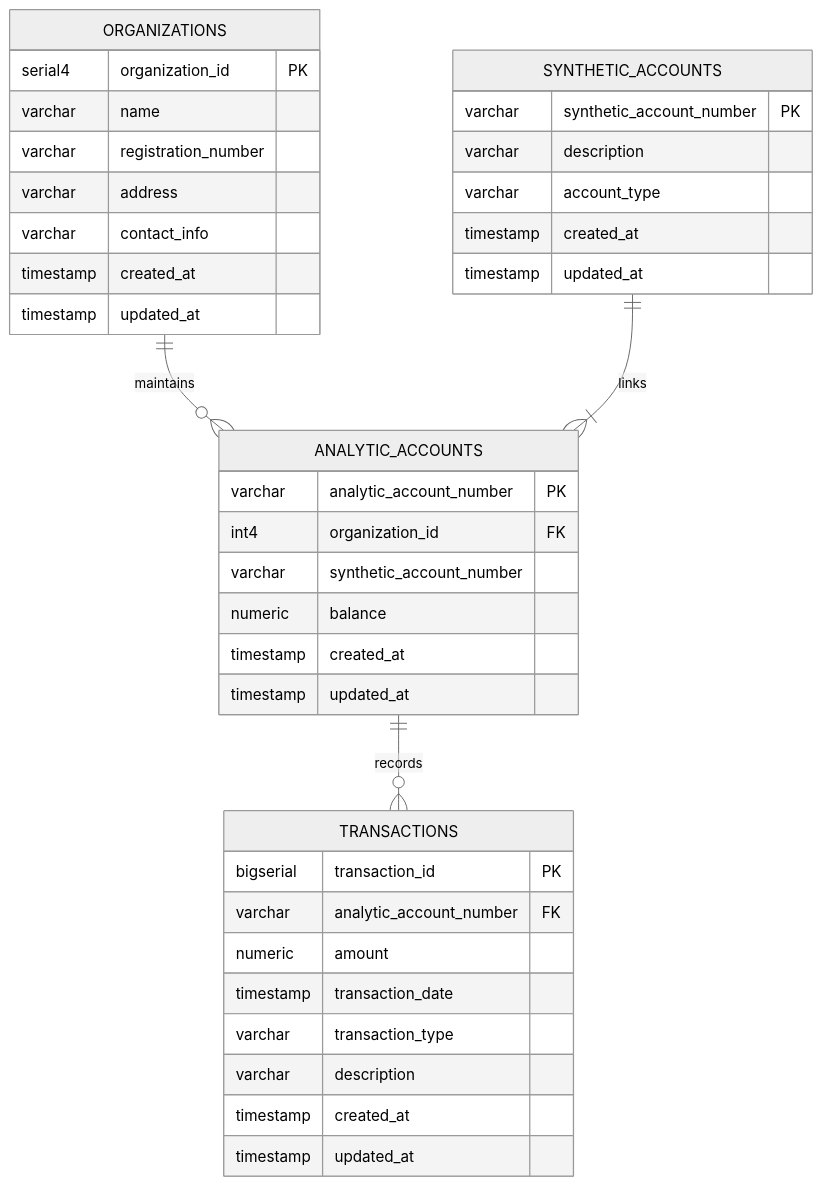
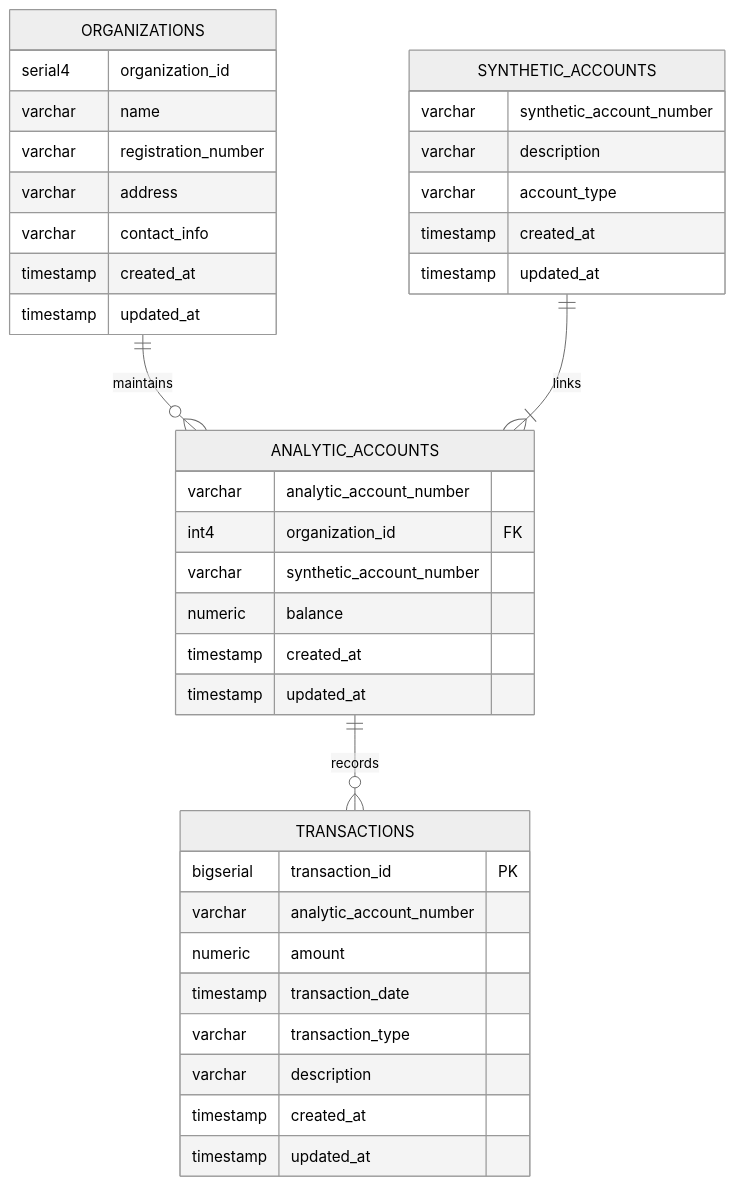
One commit to isa-bay/T1_DWH_school changed the diagram in README.md. Above: the diagram before and after it, drawn with Mermaid (neutral theme).

````diff
--- a/README.md
+++ b/README.md
@@ -146,44 +146,44 @@
 ```mermaid
 erDiagram
     ORGANIZATIONS {
-        serial4 organization_id PK
+        serial4 organization_id
         varchar name
         varchar registration_number
         varchar address
         varchar contact_info
         timestamp created_at
         timestamp updated_at
     }
 
     ANALYTIC_ACCOUNTS {
-        varchar analytic_account_number PK
+        varchar analytic_account_number
         int4 organization_id FK
         varchar synthetic_account_number
         numeric balance
         timestamp created_at
         timestamp updated_at
     }
 
     SYNTHETIC_ACCOUNTS {
-        varchar synthetic_account_number PK
+        varchar synthetic_account_number
         varchar description
         varchar account_type
         timestamp created_at
         timestamp updated_at
     }
 
     TRANSACTIONS {
         bigserial transaction_id PK
-        varchar analytic_account_number FK
+        varchar analytic_account_number
         numeric amount
         timestamp transaction_date
         varchar transaction_type
         varchar description
         timestamp created_at
         timestamp updated_at
     }
 
     ORGANIZATIONS ||--o{ ANALYTIC_ACCOUNTS : "maintains"
     ANALYTIC_ACCOUNTS ||--o{ TRANSACTIONS : "records"
     SYNTHETIC_ACCOUNTS ||--|{ ANALYTIC_ACCOUNTS : "links"
 ```
````
